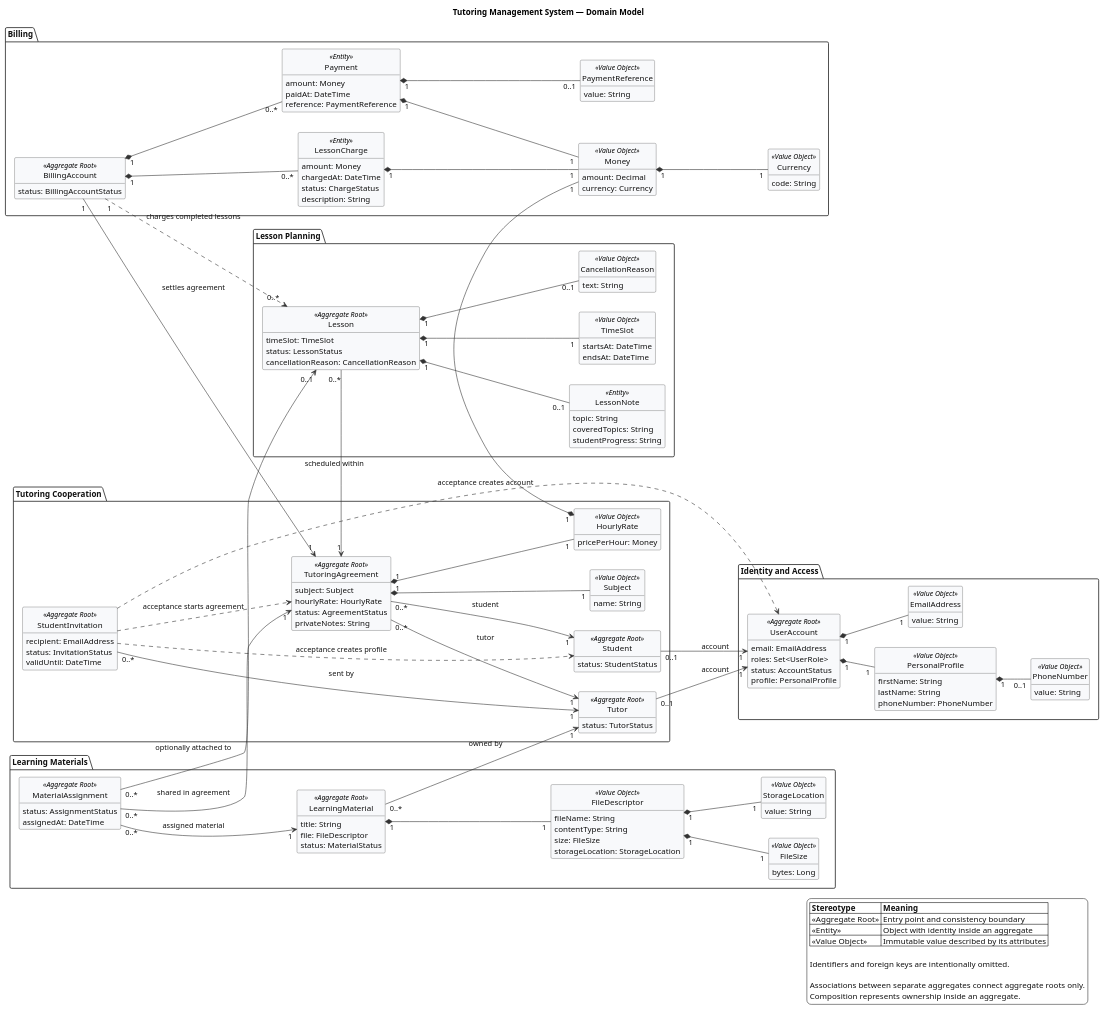
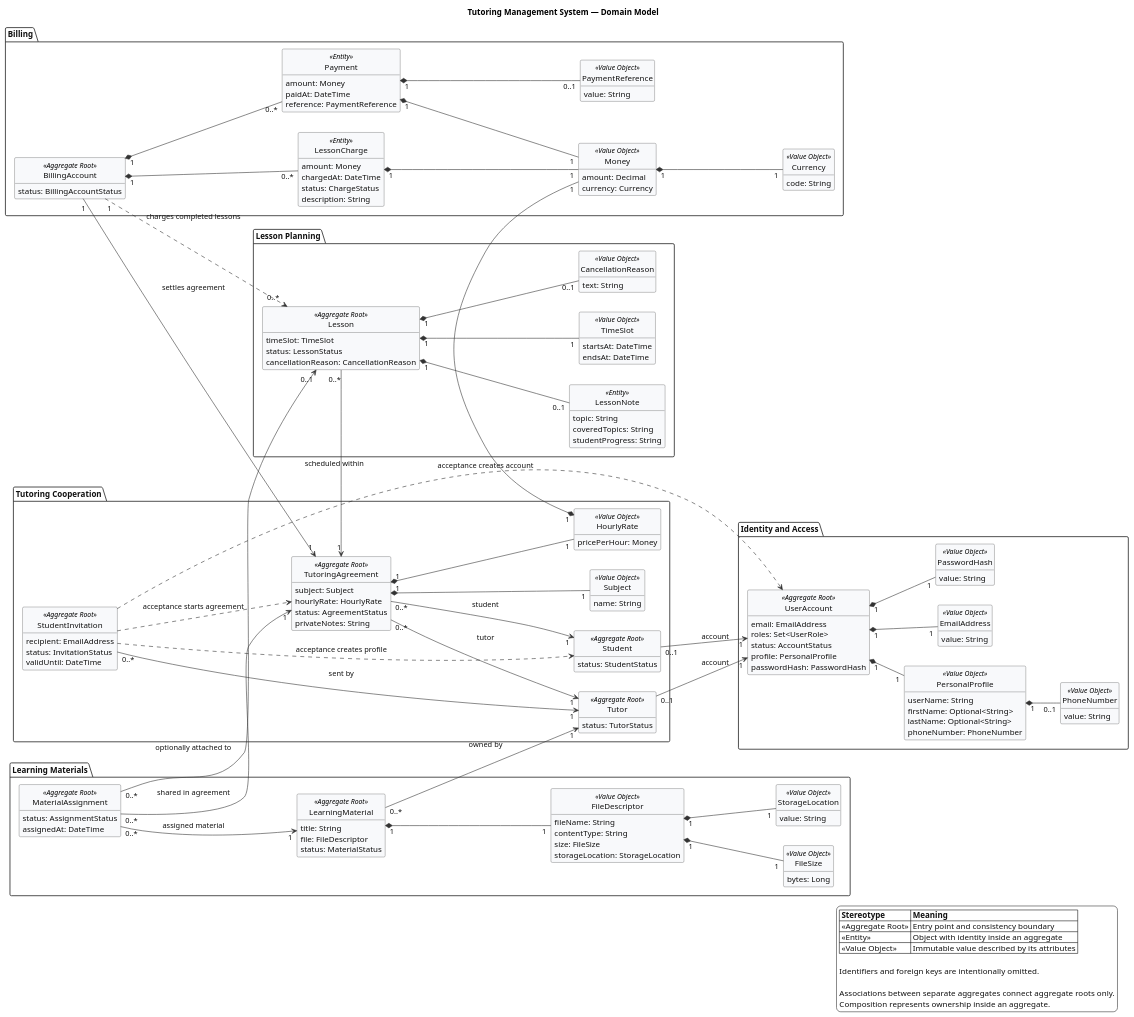
Before and after one commit to JStec0312/Tutoring-CRM-System: the diagram in docs/domain/diagrams/domain_model.puml, drawn with PlantUML. The commit also changed 50 other files, not shown here.

```diff
--- a/docs/domain/diagrams/domain_model.puml
+++ b/docs/domain/diagrams/domain_model.puml
@@ -61,11 +61,13 @@
     roles: Set<UserRole>
     status: AccountStatus
     profile: PersonalProfile
+    passwordHash: PasswordHash
   }
 
   class PersonalProfile <<Value Object>> {
-    firstName: String
-    lastName: String
+    userName: String
+    firstName: Optional<String>
+    lastName: Optional<String>
     phoneNumber: PhoneNumber
   }
 
@@ -73,9 +75,15 @@
     value: String
   }
 
+  class PasswordHash <<Value Object>> {
+    value: String
+  }
+  
   class PhoneNumber <<Value Object>> {
     value: String
   }
+
+  UserAccount "1" *-- "1" PasswordHash
 
   UserAccount "1" *-- "1" PersonalProfile
   UserAccount "1" *-- "1" EmailAddress
```
